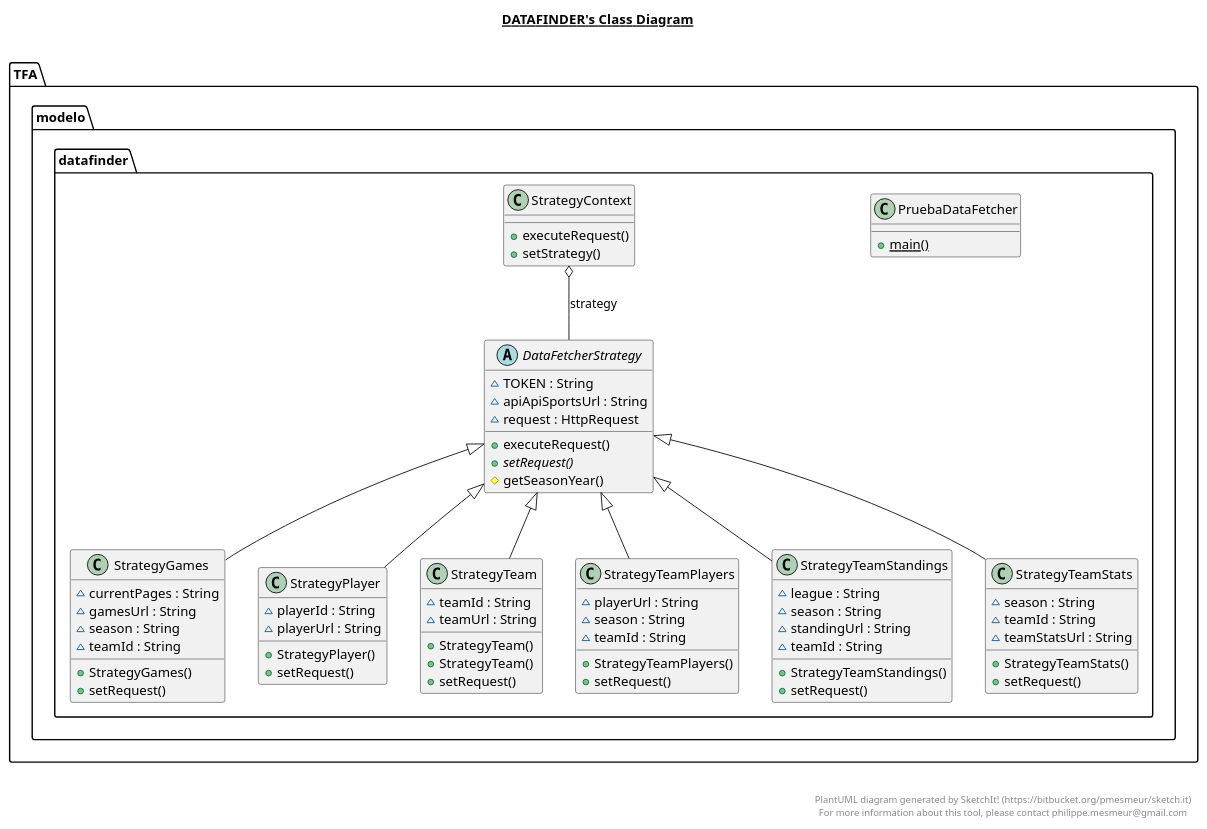
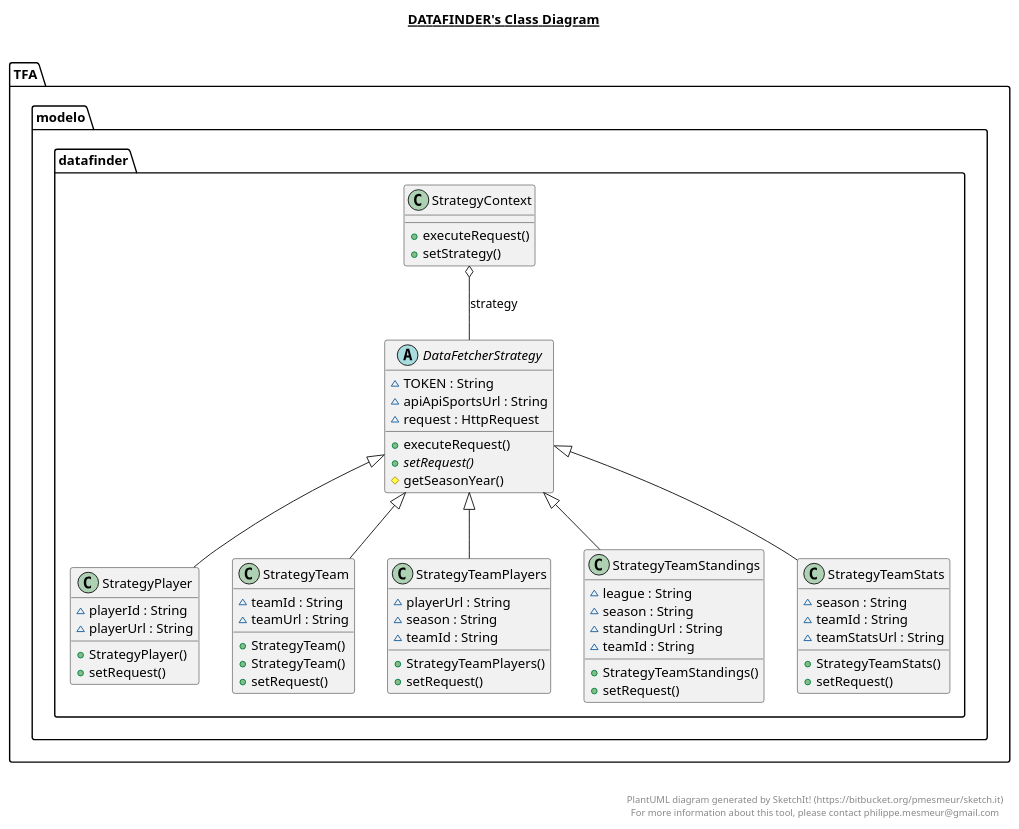
The diagram in src/TFA/modelo/datafinder/datafinder.plantuml (Diegodmbot/ULL-DAP-TrabajoFinalNBA), drawn with PlantUML before and after one commit. The commit also changed 16 other files, not shown here.

```diff
--- a/src/TFA/modelo/datafinder/datafinder.plantuml
+++ b/src/TFA/modelo/datafinder/datafinder.plantuml
@@ -1,151 +1,123 @@
 @startuml
 
 title __DATAFINDER's Class Diagram__\n
 
   namespace TFA {
     namespace modelo {
       namespace datafinder {
         abstract class TFA.modelo.datafinder.DataFetcherStrategy {
             ~ TOKEN : String
             ~ apiApiSportsUrl : String
             ~ request : HttpRequest
             + executeRequest()
             {abstract} + setRequest()
             # getSeasonYear()
         }
       }
     }
   }
   
 
   namespace TFA {
     namespace modelo {
       namespace datafinder {
-        class TFA.modelo.datafinder.PruebaDataFetcher {
-            {static} + main()
-        }
-      }
-    }
-  }
-  
-
-  namespace TFA {
-    namespace modelo {
-      namespace datafinder {
         class TFA.modelo.datafinder.StrategyContext {
             + executeRequest()
             + setStrategy()
-        }
-      }
-    }
-  }
-  
-
-  namespace TFA {
-    namespace modelo {
-      namespace datafinder {
-        class TFA.modelo.datafinder.StrategyGames {
-            ~ currentPages : String
-            ~ gamesUrl : String
-            ~ season : String
-            ~ teamId : String
-            + StrategyGames()
-            + setRequest()
         }
       }
     }
   }
   
 
   namespace TFA {
     namespace modelo {
       namespace datafinder {
         class TFA.modelo.datafinder.StrategyPlayer {
             ~ playerId : String
             ~ playerUrl : String
             + StrategyPlayer()
             + setRequest()
         }
       }
     }
   }
   
 
   namespace TFA {
     namespace modelo {
       namespace datafinder {
         class TFA.modelo.datafinder.StrategyTeam {
             ~ teamId : String
             ~ teamUrl : String
             + StrategyTeam()
             + StrategyTeam()
             + setRequest()
         }
       }
     }
   }
   
 
   namespace TFA {
     namespace modelo {
       namespace datafinder {
         class TFA.modelo.datafinder.StrategyTeamPlayers {
             ~ playerUrl : String
             ~ season : String
             ~ teamId : String
             + StrategyTeamPlayers()
             + setRequest()
         }
       }
     }
   }
   
 
   namespace TFA {
     namespace modelo {
       namespace datafinder {
         class TFA.modelo.datafinder.StrategyTeamStandings {
             ~ league : String
             ~ season : String
             ~ standingUrl : String
             ~ teamId : String
             + StrategyTeamStandings()
             + setRequest()
         }
       }
     }
   }
   
 
   namespace TFA {
     namespace modelo {
       namespace datafinder {
         class TFA.modelo.datafinder.StrategyTeamStats {
             ~ season : String
             ~ teamId : String
             ~ teamStatsUrl : String
             + StrategyTeamStats()
             + setRequest()
         }
       }
     }
   }
   
 
   TFA.modelo.datafinder.StrategyContext o-- TFA.modelo.datafinder.DataFetcherStrategy : strategy
-  TFA.modelo.datafinder.StrategyGames -up-|> TFA.modelo.datafinder.DataFetcherStrategy
   TFA.modelo.datafinder.StrategyPlayer -up-|> TFA.modelo.datafinder.DataFetcherStrategy
   TFA.modelo.datafinder.StrategyTeam -up-|> TFA.modelo.datafinder.DataFetcherStrategy
   TFA.modelo.datafinder.StrategyTeamPlayers -up-|> TFA.modelo.datafinder.DataFetcherStrategy
   TFA.modelo.datafinder.StrategyTeamStandings -up-|> TFA.modelo.datafinder.DataFetcherStrategy
   TFA.modelo.datafinder.StrategyTeamStats -up-|> TFA.modelo.datafinder.DataFetcherStrategy
 
 
 right footer
 
 
 PlantUML diagram generated by SketchIt! (https://bitbucket.org/pmesmeur/sketch.it)
 For more information about this tool, please contact philippe.mesmeur@gmail.com
 endfooter
 
 @enduml
```
